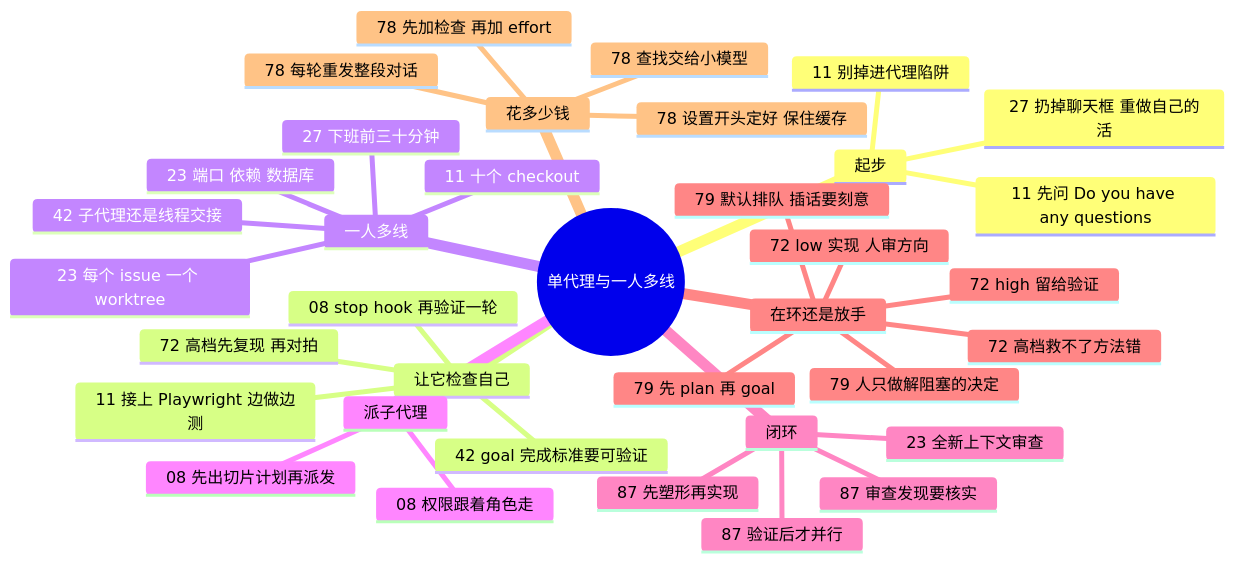
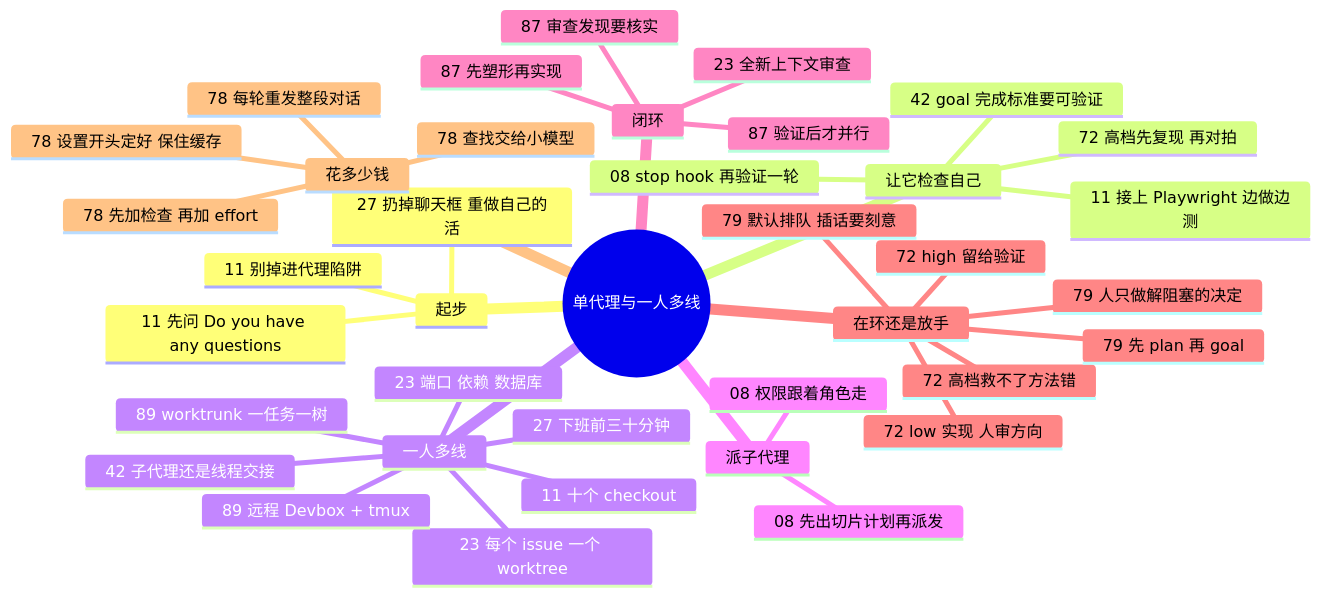
Before and after one commit to yzw7489757/ai-coding-videos: the diagram in docs/guide/solo.md, drawn with Mermaid. The commit also changed other lines of this file and 17 other files, not shown here.

````diff
--- a/docs/guide/solo.md
+++ b/docs/guide/solo.md
@@ -15,39 +15,41 @@
 ```mermaid
 mindmap
   root((单代理与一人多线))
     起步
       27 扔掉聊天框 重做自己的活
       11 先问 Do you have any questions
       11 别掉进代理陷阱
     让它检查自己
       11 接上 Playwright 边做边测
       42 goal 完成标准要可验证
       08 stop hook 再验证一轮
       72 高档先复现 再对拍
     一人多线
       11 十个 checkout
       23 每个 issue 一个 worktree
       23 端口 依赖 数据库
+      89 远程 Devbox + tmux
+      89 worktrunk 一任务一树
       27 下班前三十分钟
       42 子代理还是线程交接
     派子代理
       08 先出切片计划再派发
       08 权限跟着角色走
     闭环
       87 先塑形再实现
       87 验证后才并行
       87 审查发现要核实
       23 全新上下文审查
     在环还是放手
       72 low 实现 人审方向
       72 high 留给验证
       72 高档救不了方法错
       79 人只做解阻塞的决定
       79 默认排队 插话要刻意
       79 先 plan 再 goal
     花多少钱
       78 每轮重发整段对话
       78 先加检查 再加 effort
       78 查找交给小模型
       78 设置开头定好 保住缓存
 ```
````
